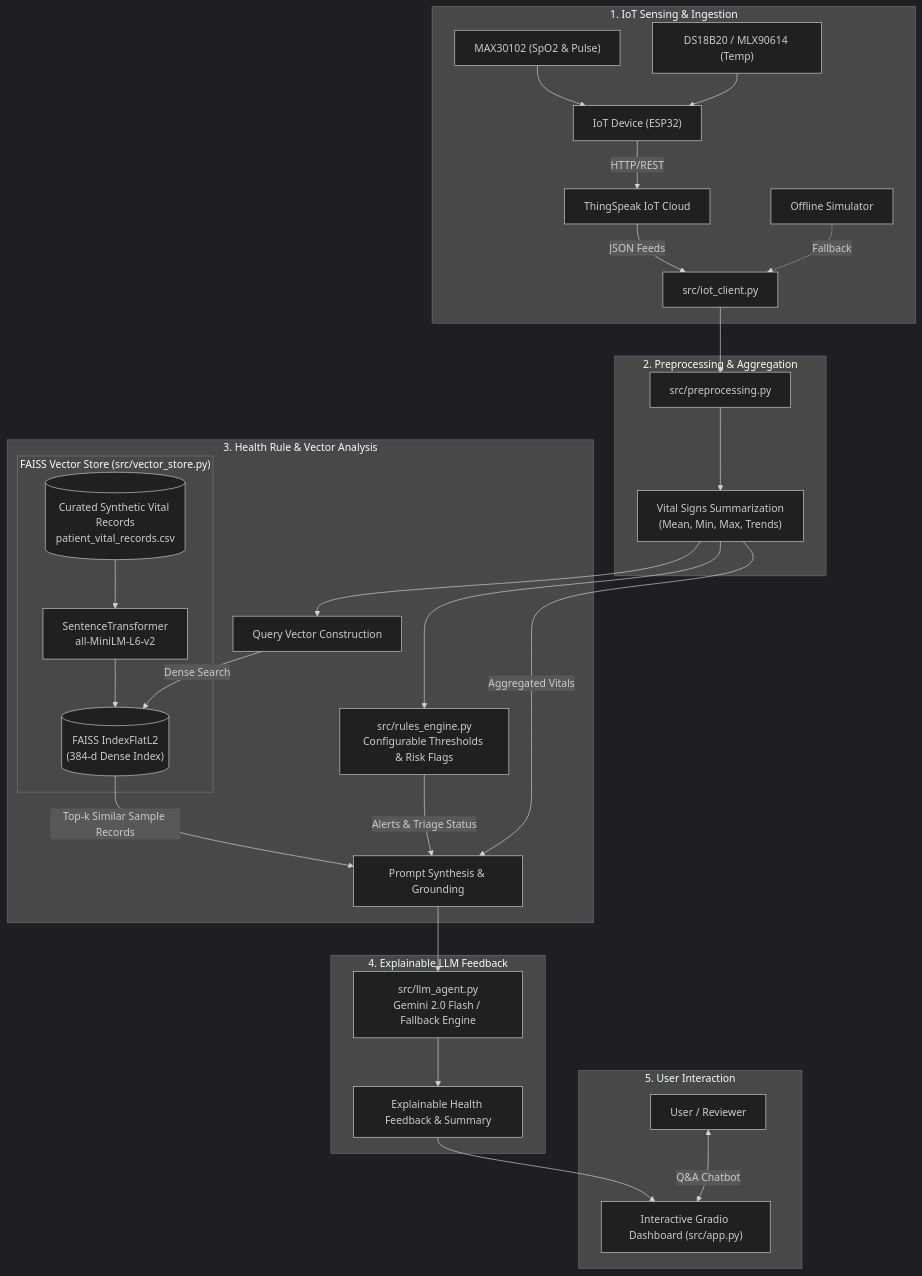
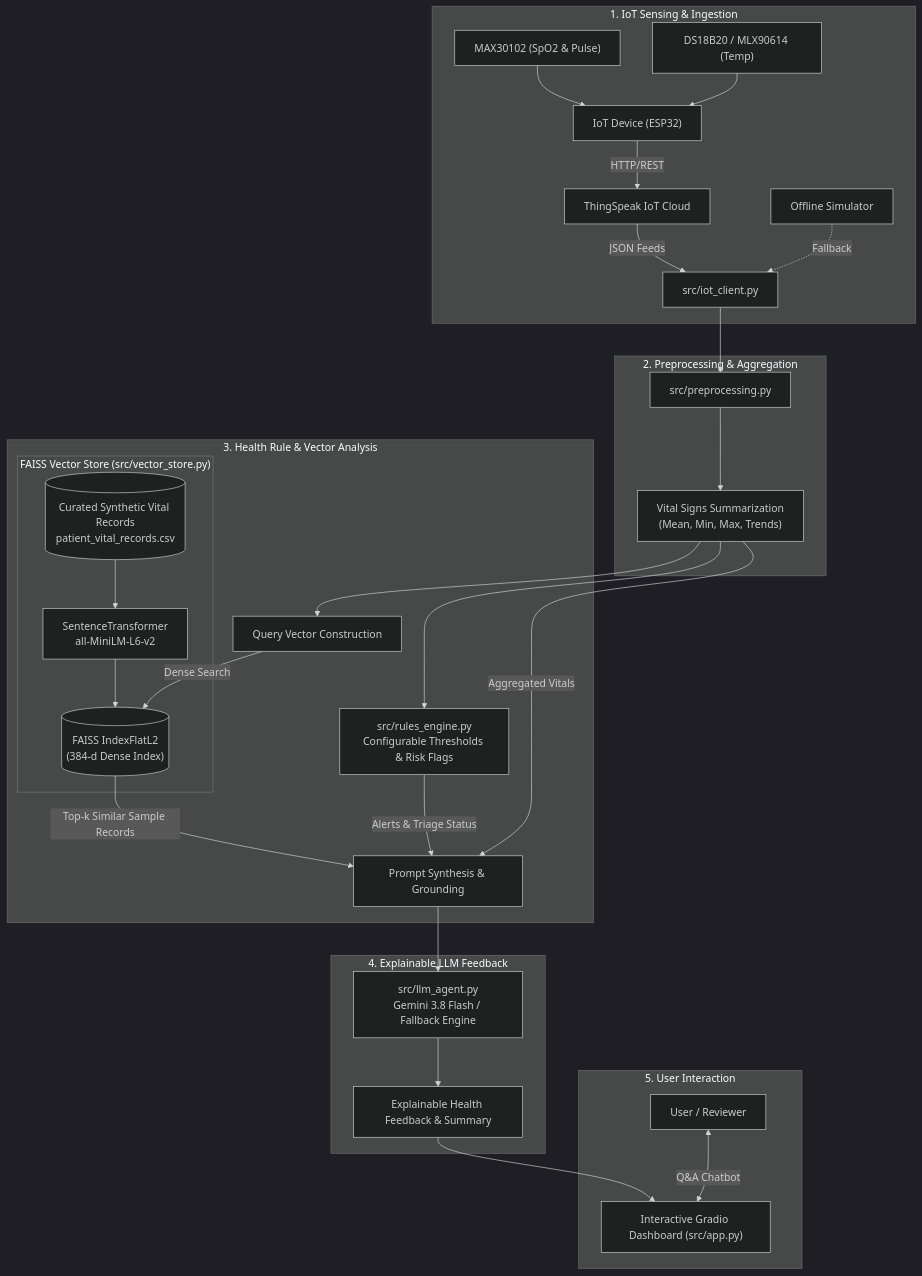
Before and after one commit to Tag0305/rag-iot-health-monitoring: the diagram in README.md, drawn with Mermaid (dark theme). The commit also changed other lines of this file and 5 other files, not shown here.

````diff
--- a/README.md
+++ b/README.md
@@ -31,45 +43,45 @@
 ```mermaid
 flowchart TD
     subgraph IoT_Edge["1. IoT Sensing & Ingestion"]
         ESP32["IoT Device (ESP32)"]
         MAX30102["MAX30102 (SpO2 & Pulse)"]
         TEMP_SENS["DS18B20 / MLX90614 (Temp)"]
         MAX30102 --> ESP32
         TEMP_SENS --> ESP32
         ESP32 -->|HTTP/REST| TS["ThingSpeak IoT Cloud"]
         TS -->|JSON Feeds| Client["src/iot_client.py"]
         Sim["Offline Simulator"] -.->|Fallback| Client
     end
 
     subgraph Preprocessing["2. Preprocessing & Aggregation"]
         Client --> Clean["src/preprocessing.py"]
         Clean --> Stats["Vital Signs Summarization<br/>(Mean, Min, Max, Trends)"]
     end
 
     subgraph Reasoning["3. Health Rule & Vector Analysis"]
         Stats --> Rules["src/rules_engine.py<br/>Configurable Thresholds & Risk Flags"]
         Stats --> QueryGen["Query Vector Construction"]
         
         subgraph RAG_Engine["FAISS Vector Store (src/vector_store.py)"]
             CohortDB[("Curated Synthetic Vital Records<br/>patient_vital_records.csv")]
             Encoder["SentenceTransformer<br/>all-MiniLM-L6-v2"]
             FAISSIndex[("FAISS IndexFlatL2<br/>(384-d Dense Index)")]
             CohortDB --> Encoder --> FAISSIndex
         end
 
         QueryGen -->|Dense Search| FAISSIndex
         FAISSIndex -->|Top-k Similar Sample Records| PromptSynthesis["Prompt Synthesis & Grounding"]
         Rules -->|Alerts & Triage Status| PromptSynthesis
         Stats -->|Aggregated Vitals| PromptSynthesis
     end
 
     subgraph LLM_Synthesis["4. Explainable LLM Feedback"]
-        PromptSynthesis --> Gemini["src/llm_agent.py<br/>Gemini 2.0 Flash / Fallback Engine"]
+        PromptSynthesis --> Gemini["src/llm_agent.py<br/>Gemini 3.8 Flash / Fallback Engine"]
         Gemini --> Insights["Explainable Health Feedback & Summary"]
     end
 
     subgraph Interface["5. User Interaction"]
         Insights --> Gradio["Interactive Gradio Dashboard (src/app.py)"]
         User["User / Reviewer"] <-->|Q&A Chatbot| Gradio
     end
 ```
````
